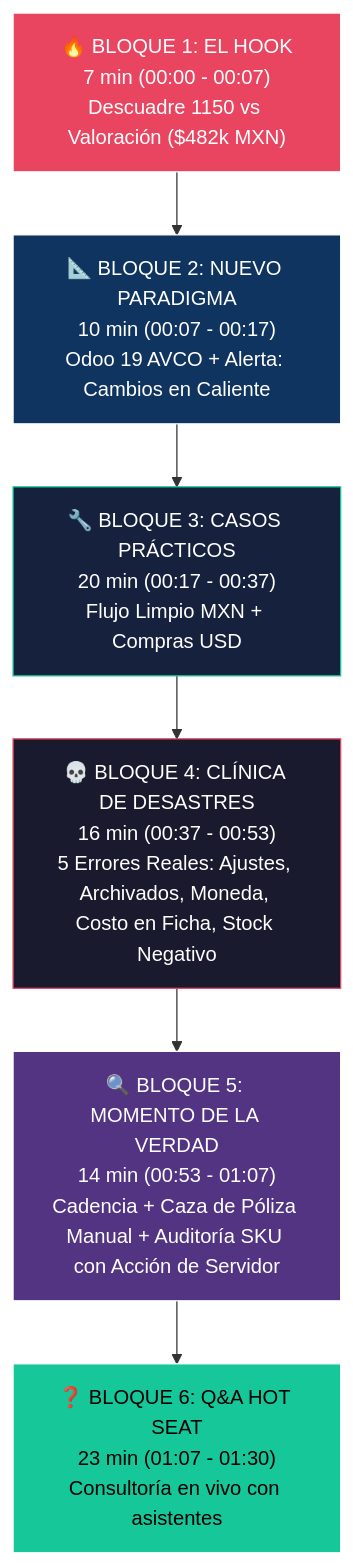
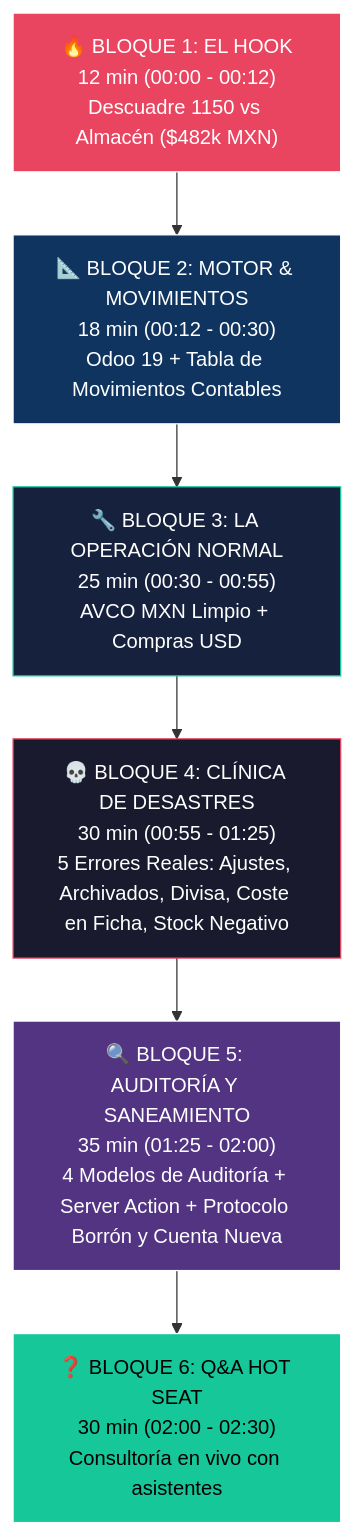
The second of 2 diagrams in masterclass-plan-final.md (JulioSerna/masterclass), drawn with Mermaid before and after one commit. The commit also changed other lines of this file and 6 other files, not shown here.

````diff
--- a/masterclass-plan-final.md
+++ b/masterclass-plan-final.md
@@ -50,15 +50,15 @@
 ```mermaid
 flowchart TD
-    A["🔥 BLOQUE 1: EL HOOK\n7 min (00:00 - 00:07)\nDescuadre 1150 vs Valoración ($482k MXN)"] --> B["📐 BLOQUE 2: NUEVO PARADIGMA\n10 min (00:07 - 00:17)\nOdoo 19 AVCO + Alerta: Cambios en Caliente"]
-    B --> C["🔧 BLOQUE 3: CASOS PRÁCTICOS\n20 min (00:17 - 00:37)\nFlujo Limpio MXN + Compras USD"]
-    C --> D["💀 BLOQUE 4: CLÍNICA DE DESASTRES\n16 min (00:37 - 00:53)\n5 Errores Reales: Ajustes, Archivados, Moneda, Costo en Ficha, Stock Negativo"]
-    D --> E["🔍 BLOQUE 5: MOMENTO DE LA VERDAD\n14 min (00:53 - 01:07)\nCadencia + Caza de Póliza Manual + Auditoría SKU con Acción de Servidor"]
-    E --> F["❓ BLOQUE 6: Q&A HOT SEAT\n23 min (01:07 - 01:30)\nConsultoría en vivo con asistentes"]
+    A["🔥 BLOQUE 1: EL HOOK\n12 min (00:00 - 00:12)\nDescuadre 1150 vs Almacén ($482k MXN)"] --> B["📐 BLOQUE 2: MOTOR & MOVIMIENTOS\n18 min (00:12 - 00:30)\nOdoo 19 + Tabla de Movimientos Contables"]
+    B --> C["🔧 BLOQUE 3: LA OPERACIÓN NORMAL\n25 min (00:30 - 00:55)\nAVCO MXN Limpio + Compras USD"]
+    C --> D["💀 BLOQUE 4: CLÍNICA DE DESASTRES\n30 min (00:55 - 01:25)\n5 Errores Reales: Ajustes, Archivados, Divisa, Coste en Ficha, Stock Negativo"]
+    D --> E["🔍 BLOQUE 5: AUDITORÍA Y SANEAMIENTO\n35 min (01:25 - 02:00)\n4 Modelos de Auditoría + Server Action + Protocolo Borrón y Cuenta Nueva"]
+    E --> F["❓ BLOQUE 6: Q&A HOT SEAT\n30 min (02:00 - 02:30)\nConsultoría en vivo con asistentes"]
 
     style A fill:#e94560,stroke:#fff,color:#fff
     style B fill:#0f3460,stroke:#fff,color:#fff
     style C fill:#16213e,stroke:#16c79a,color:#fff
     style D fill:#1a1a2e,stroke:#e94560,color:#fff
     style E fill:#533483,stroke:#fff,color:#fff
     style F fill:#16c79a,stroke:#fff,color:#000
 ```
````
